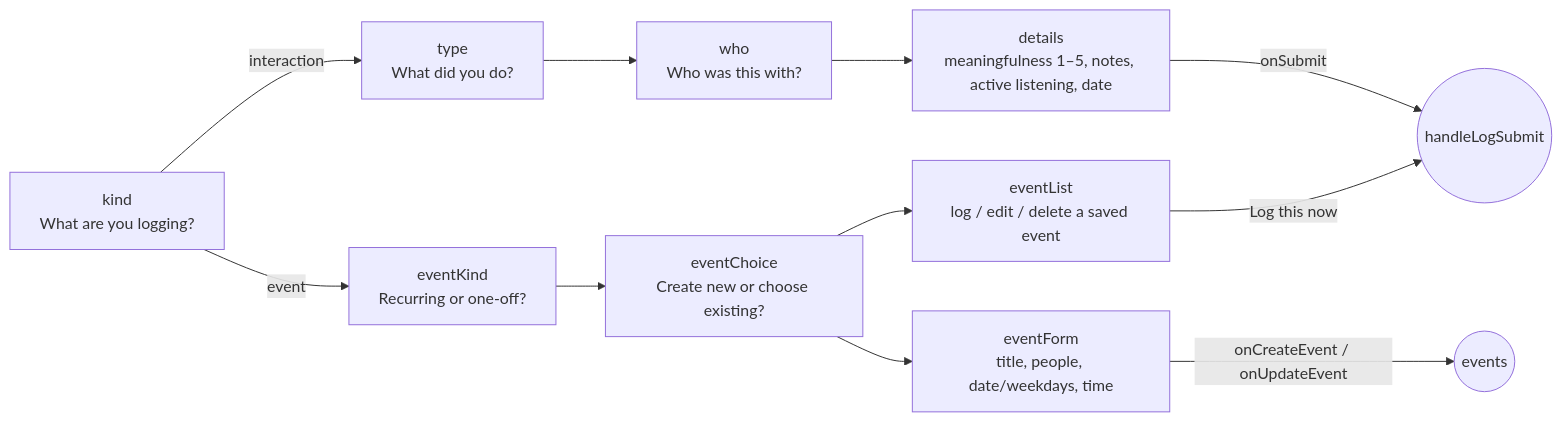
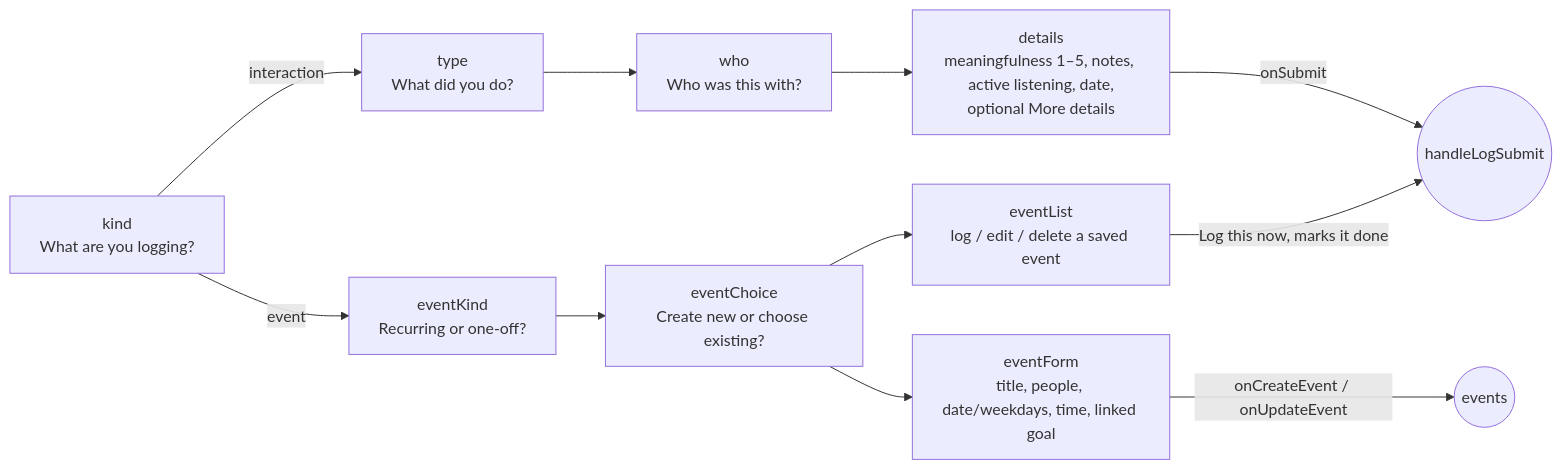
The second of 2 diagrams in docs/renderer/app-structure.md (CastledRuby/layers-app), drawn with Mermaid before and after one commit. The commit also changed other lines of this file and 7 other files, not shown here.

First line of the commit message:
Document the 1.0.28 features, the Smart App Control block and the roadmap

````diff
--- a/docs/renderer/app-structure.md
+++ b/docs/renderer/app-structure.md
@@ -114,13 +137,13 @@
 ```mermaid
 flowchart LR
   kind[kind<br/>What are you logging?] -->|interaction| type[type<br/>What did you do?]
   type --> who[who<br/>Who was this with?]
-  who --> details[details<br/>meaningfulness 1–5, notes, active listening, date]
+  who --> details[details<br/>meaningfulness 1–5, notes, active listening, date,<br/>optional More details]
   details -->|onSubmit| done((handleLogSubmit))
   kind -->|event| eventKind[eventKind<br/>Recurring or one-off?]
   eventKind --> eventChoice[eventChoice<br/>Create new or choose existing?]
-  eventChoice --> eventForm[eventForm<br/>title, people, date/weekdays, time]
+  eventChoice --> eventForm[eventForm<br/>title, people, date/weekdays, time, linked goal]
   eventChoice --> eventList[eventList<br/>log / edit / delete a saved event]
   eventForm -->|onCreateEvent / onUpdateEvent| saved((events))
-  eventList -->|Log this now| done
+  eventList -->|Log this now, marks it done| done
 ```
````
